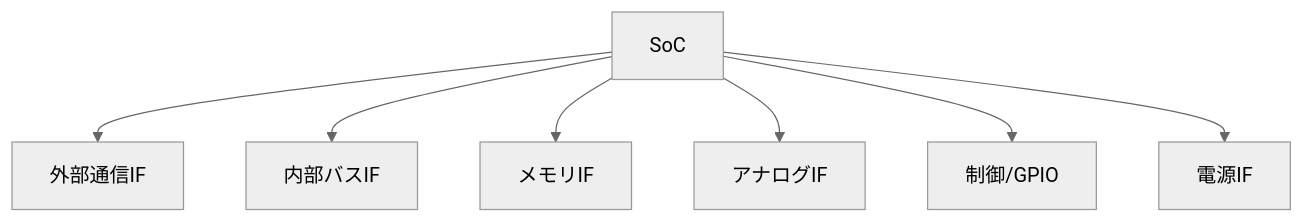
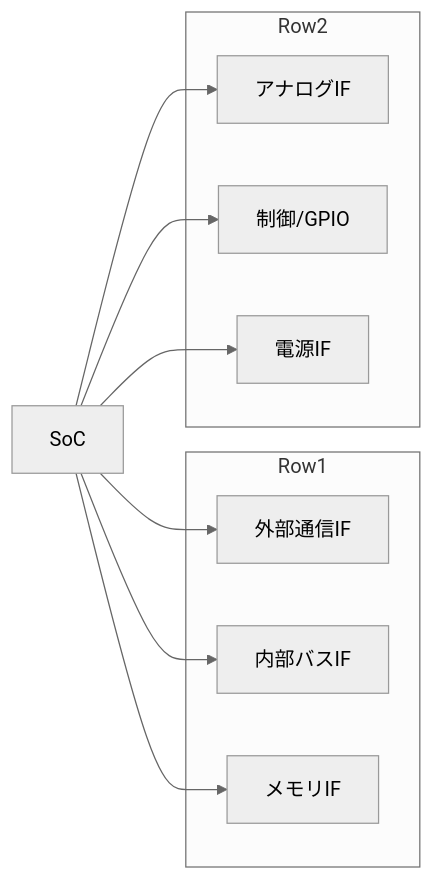
One commit to Samizo-AITL/Edusemi-v4x changed the diagram in chapter5a_spec_module_if/README.md. Above: the diagram before and after it, drawn with Mermaid (neutral theme).

````diff
--- a/chapter5a_spec_module_if/README.md
+++ b/chapter5a_spec_module_if/README.md
@@ -83,10 +83,19 @@
 ```mermaid
-flowchart TB
-    A[SoC]
-    A --> B[外部通信IF]
-    A --> C[内部バスIF]
-    A --> D[メモリIF]
-    A --> E[アナログIF]
-    A --> F[制御/GPIO]
-    A --> G[電源IF]
+flowchart LR
+    subgraph Row1
+        B[外部通信IF]
+        C[内部バスIF]
+        D[メモリIF]
+    end
+    subgraph Row2
+        E[アナログIF]
+        F[制御/GPIO]
+        G[電源IF]
+    end
+    A[SoC] --> B
+    A --> C
+    A --> D
+    A --> E
+    A --> F
+    A --> G
 ```
````
